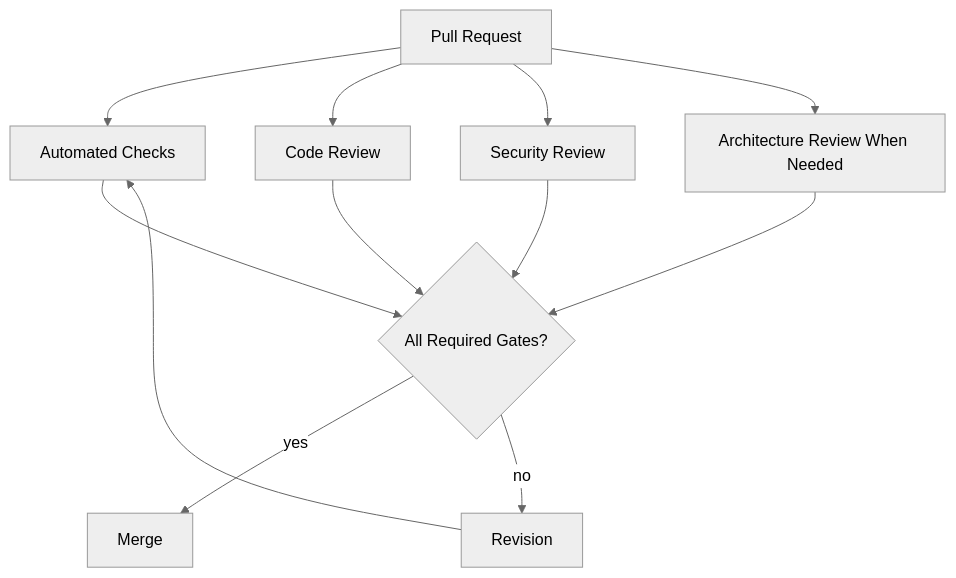
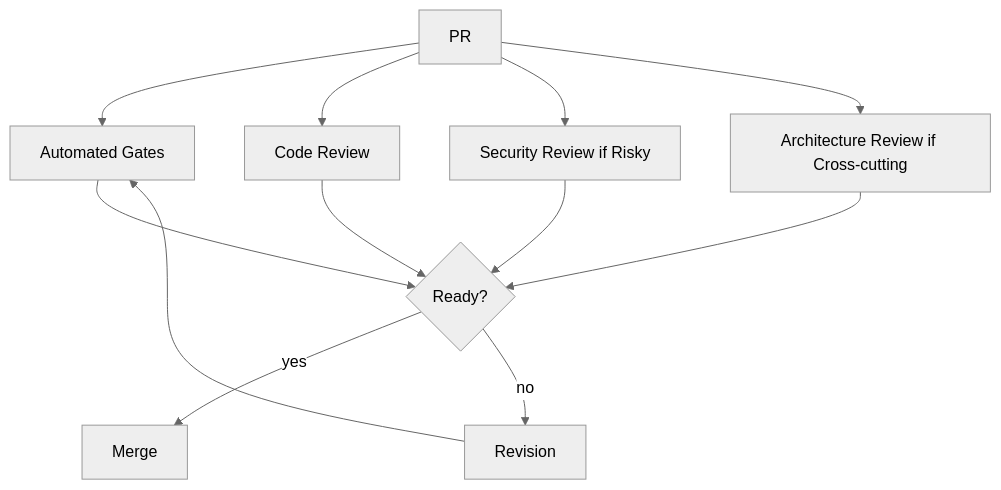
One commit to D-engahmed/OMILINKS changed the diagram in docs/engineering/PR-policy.md. Above: the diagram before and after it, drawn with Mermaid (neutral theme). The commit also changed other lines of this file and 4 other files, not shown here.

```diff
--- a/docs/engineering/PR-policy.md
+++ b/docs/engineering/PR-policy.md
@@ -24,14 +23,14 @@
 ~~~mermaid
 flowchart TD
-PR[Pull Request] --> CI[Automated Checks]
+PR[PR] --> CI[Automated Gates]
 PR --> CODE[Code Review]
-PR --> SECURITY[Security Review]
-PR --> ARCH[Architecture Review When Needed]
-CI --> GATE{All Required Gates?}
+PR --> SEC[Security Review if Risky]
+PR --> ARCH[Architecture Review if Cross-cutting]
+CI --> GATE{Ready?}
 CODE --> GATE
-SECURITY --> GATE
+SEC --> GATE
 ARCH --> GATE
 GATE -->|yes| MERGE[Merge]
-GATE -->|no| CHANGE[Revision]
-CHANGE --> CI
+GATE -->|no| REVISE[Revision]
+REVISE --> CI
 ~~~
```
